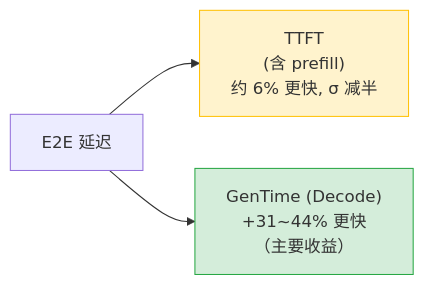
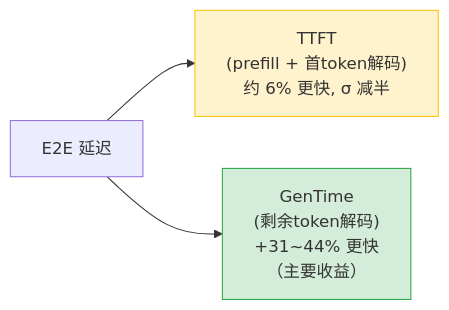
The second of 3 diagrams in Agents/AOAI-Priority-Processing-Benchmark/README-CN.md (david-xinyuwei/david-share), drawn with Mermaid before and after one commit. The commit also changed other lines of this file and 1 other file, not shown here.

Commit message:
Precise TTFT/GenTime definitions: TTFT = network+queue+prefill+1st decode; GenTime = remaining decodes

````diff
--- a/Agents/AOAI-Priority-Processing-Benchmark/README-CN.md
+++ b/Agents/AOAI-Priority-Processing-Benchmark/README-CN.md
@@ -98,8 +98,8 @@
 ```mermaid
 flowchart LR
-    E2E["E2E 延迟"] --> TTFT["TTFT<br/>(含 prefill)<br/>约 6% 更快, σ 减半"]
-    E2E --> GenTime["GenTime (Decode)<br/>+31~44% 更快<br/>（主要收益）"]
+    E2E["E2E 延迟"] --> TTFT["TTFT<br/>(prefill + 首token解码)<br/>约 6% 更快, σ 减半"]
+    E2E --> GenTime["GenTime<br/>(剩余token解码)<br/>+31~44% 更快<br/>（主要收益）"]
     
     style TTFT fill:#fff3cd,stroke:#ffc107
     style GenTime fill:#d4edda,stroke:#28a745
 ```
````
